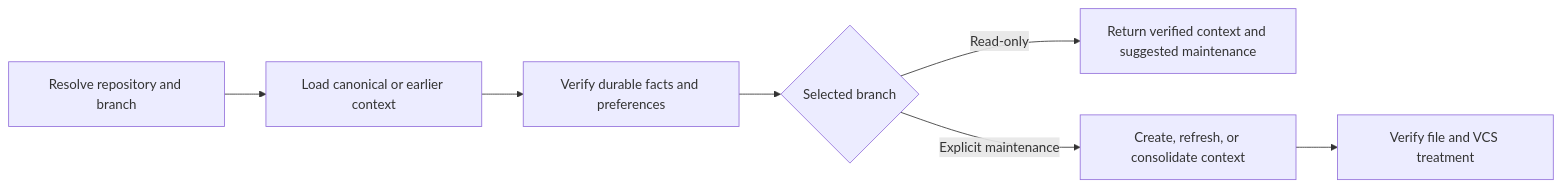
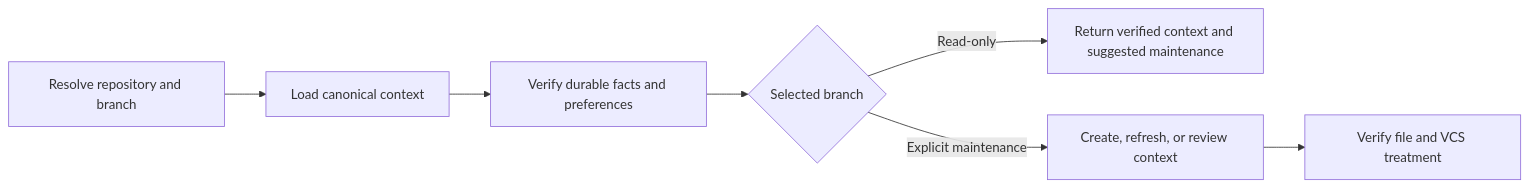
Before and after one commit to fam-tung-lam/ptlam-agent-plugin: the diagram in plugin/skills/ptlam-git-managing-context/SKILL.md, drawn with Mermaid. The commit also changed other lines of this file and 137 other files, not shown here.

````diff
--- a/plugin/skills/ptlam-git-managing-context/SKILL.md
+++ b/plugin/skills/ptlam-git-managing-context/SKILL.md
@@ -11,9 +11,9 @@
 ```mermaid
 flowchart LR
-    A[Resolve repository and branch] --> B[Load canonical or earlier context]
+    A[Resolve repository and branch] --> B[Load canonical context]
     B --> C[Verify durable facts and preferences]
     C --> D{Selected branch}
     D -- Read-only --> E[Return verified context and suggested maintenance]
-    D -- Explicit maintenance --> F[Create, refresh, or consolidate context]
+    D -- Explicit maintenance --> F[Create, refresh, or review context]
     F --> G[Verify file and VCS treatment]
 ```
````
